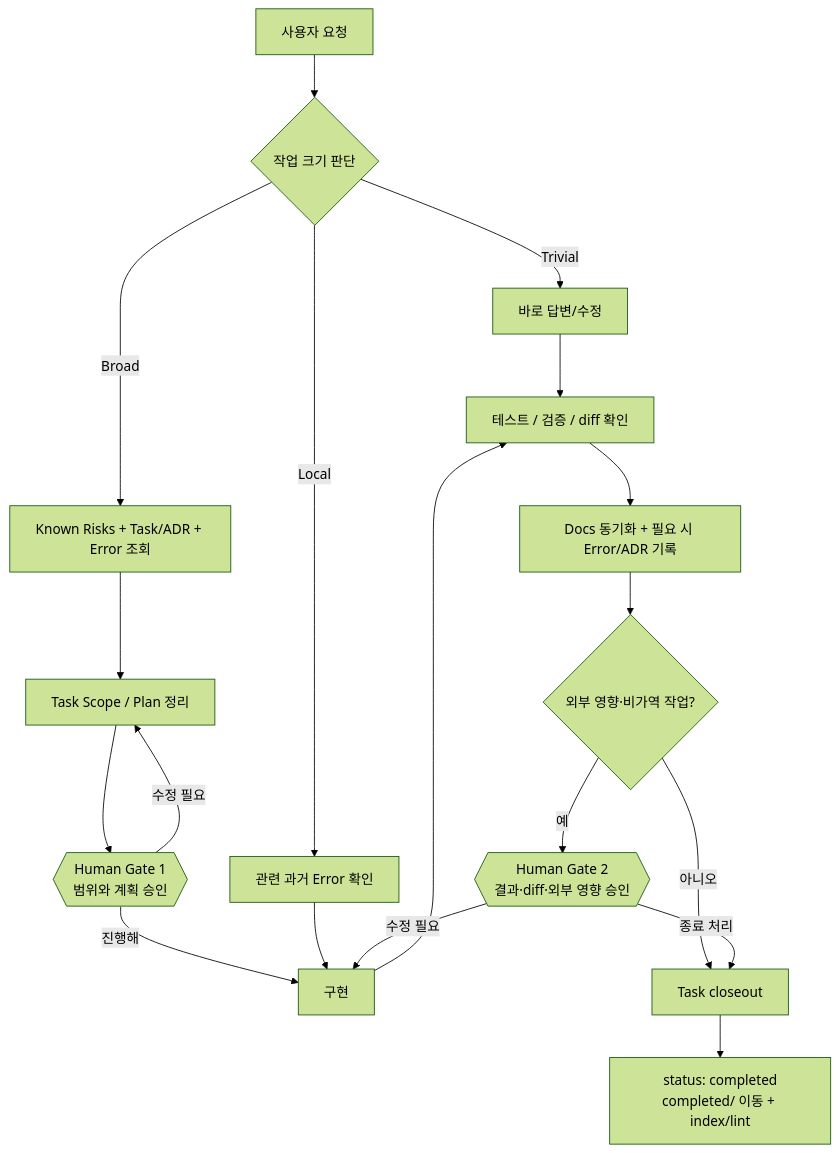
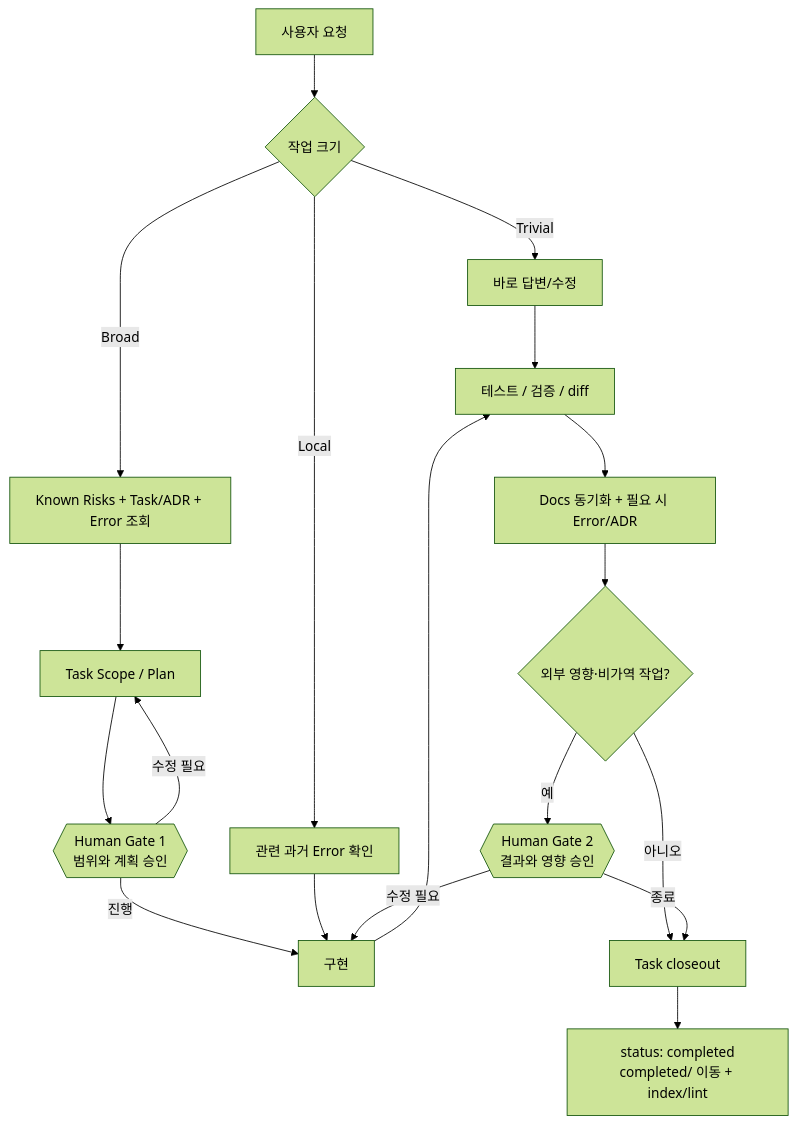
One commit to blackstrawberry/agent-os changed the diagram in docs/GUIDE.ko.md. Above: the diagram before and after it, drawn with Mermaid (forest theme). The commit also changed other lines of this file and 14 other files, not shown here.

````diff
--- a/docs/GUIDE.ko.md
+++ b/docs/GUIDE.ko.md
@@ -30,25 +33,25 @@
 ```mermaid
 flowchart TD
-    A[사용자 요청] --> B{작업 크기 판단}
+    A[사용자 요청] --> B{작업 크기}
     B -->|Trivial| T[바로 답변/수정]
     B -->|Local| E[관련 과거 Error 확인]
     B -->|Broad| K[Known Risks + Task/ADR + Error 조회]
 
-    K --> P[Task Scope / Plan 정리]
+    K --> P[Task Scope / Plan]
     P --> G1{{Human Gate 1<br/>범위와 계획 승인}}
     G1 -->|수정 필요| P
-    G1 -->|"진행해"| I[구현]
+    G1 -->|진행| I[구현]
 
     E --> I
     T --> V[필요한 검증]
-    I --> V[테스트 / 검증 / diff 확인]
+    I --> V[테스트 / 검증 / diff]
 
-    V --> D[Docs 동기화 + 필요 시 Error/ADR 기록]
+    V --> D[Docs 동기화 + 필요 시 Error/ADR]
     D --> X{외부 영향·비가역 작업?}
-    X -->|예| G2{{Human Gate 2<br/>결과·diff·외부 영향 승인}}
+    X -->|예| G2{{Human Gate 2<br/>결과와 영향 승인}}
     X -->|아니오| C[Task closeout]
     G2 -->|수정 필요| I
-    G2 -->|"종료 처리"| C
+    G2 -->|종료| C
 
     C --> F[status: completed<br/>completed/ 이동 + index/lint]
 ```
````
